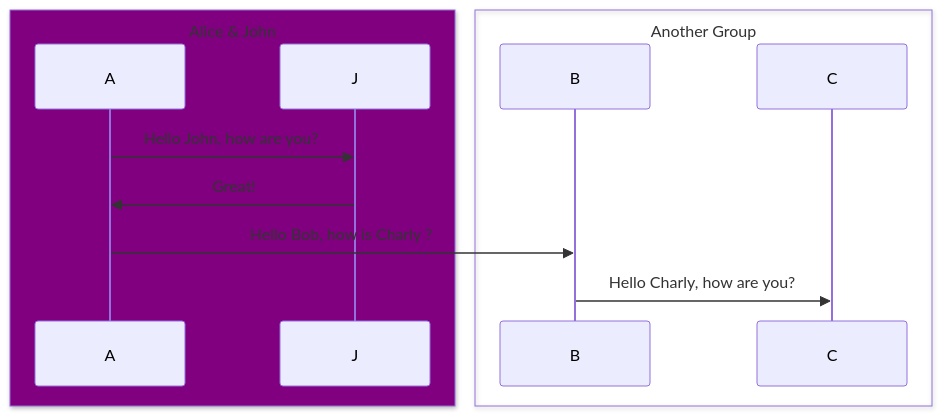
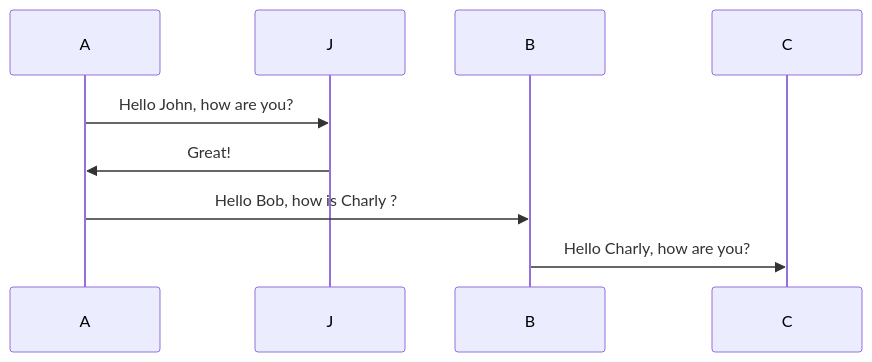
The diagram in README.md (dangxuanloc/mermaid-diagram), drawn with Mermaid before and after one commit.

````diff
--- a/README.md
+++ b/README.md
@@ -1,15 +1,11 @@
 ```mermaid
 sequenceDiagram
-    box Purple Alice & John
     participant A
     participant J
-    end
-    box Another Group
     participant B
     participant C
-    end
     A->>J: Hello John, how are you?
     J->>A: Great!
     A->>B: Hello Bob, how is Charly ?
     B->>C: Hello Charly, how are you?
 ```
````
